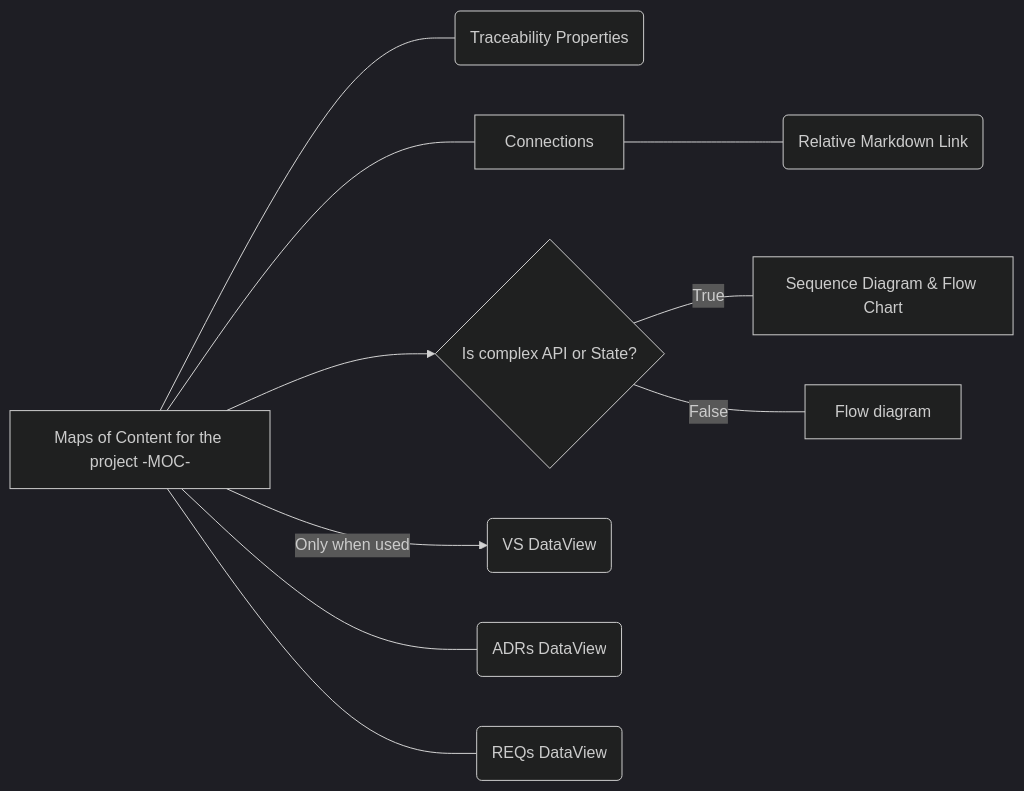
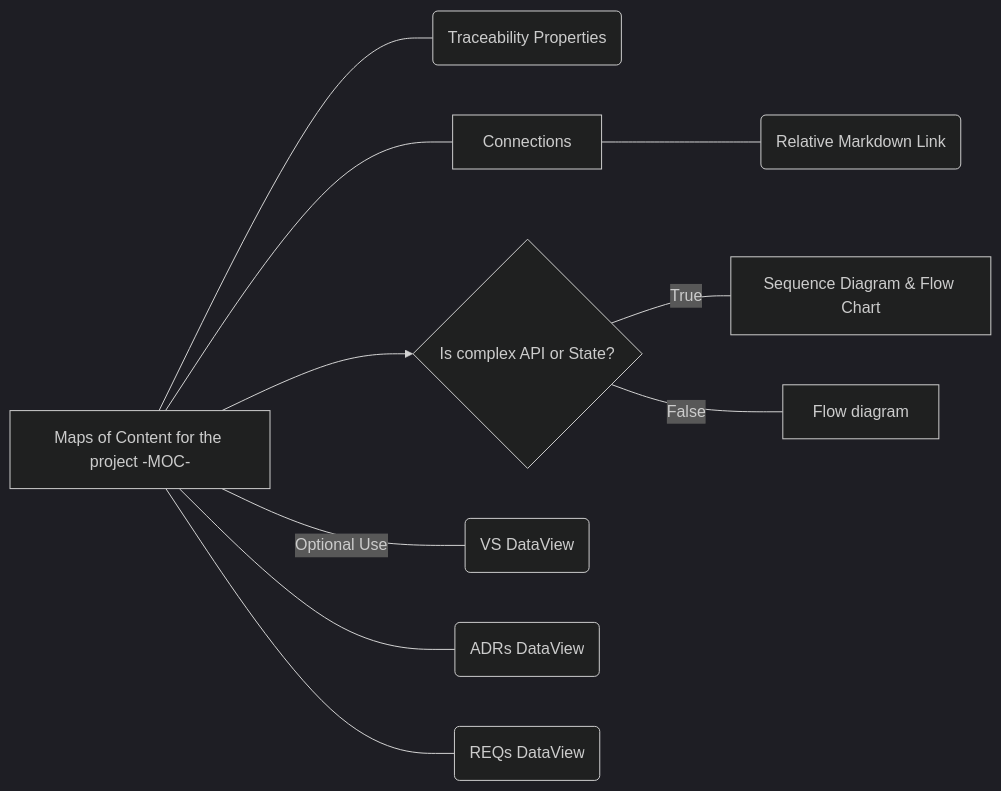
The diagram in docs/architecture/TSO-VS-003_Functional_MOC_Note.md (samuelnaranjo50/Traceability-System-Obisidian), drawn with Mermaid (dark theme) before and after one commit. The commit also changed other lines of this file and 26 other files, not shown here.

````diff
--- a/docs/architecture/TSO-VS-003_Functional_MOC_Note.md
+++ b/docs/architecture/TSO-VS-003_Functional_MOC_Note.md
@@ -8,27 +8,27 @@
 ```mermaid
 graph LR
 
 MOC[Maps of Content for the project -MOC-]
 
 %% Conections
 
 MOC --- traceabilityProps(Traceability Properties)
 MOC --- connections[Connections]
 connections --- relativeLink(Relative Markdown Link)
 
 
 
 %% Architecture
 MOC --> diagramCondition{Is complex API or State?}
  diagramCondition --- |True| sequenceDiagram[Sequence Diagram & Flow Chart] 
  diagramCondition --- |False| flowDiagram[Flow diagram]
 
 %% Main Automatic Mapping
-MOC -->|Only when used| VS(VS DataView)
+MOC ---|Optional Use| VS(VS DataView)
 MOC --- ADRs(ADRs DataView)
 MOC --- REQs(REQs DataView)
 
 
 
 
 ```
````
